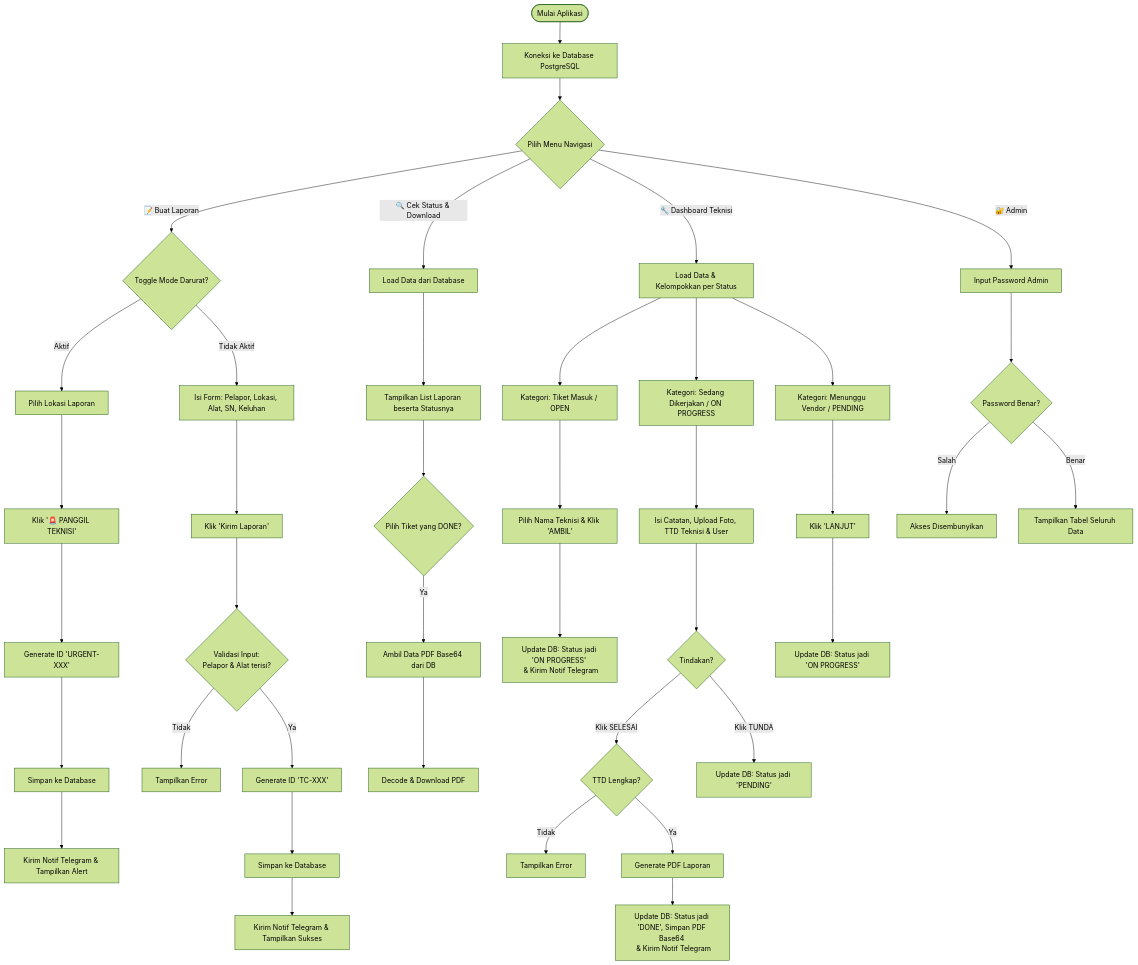
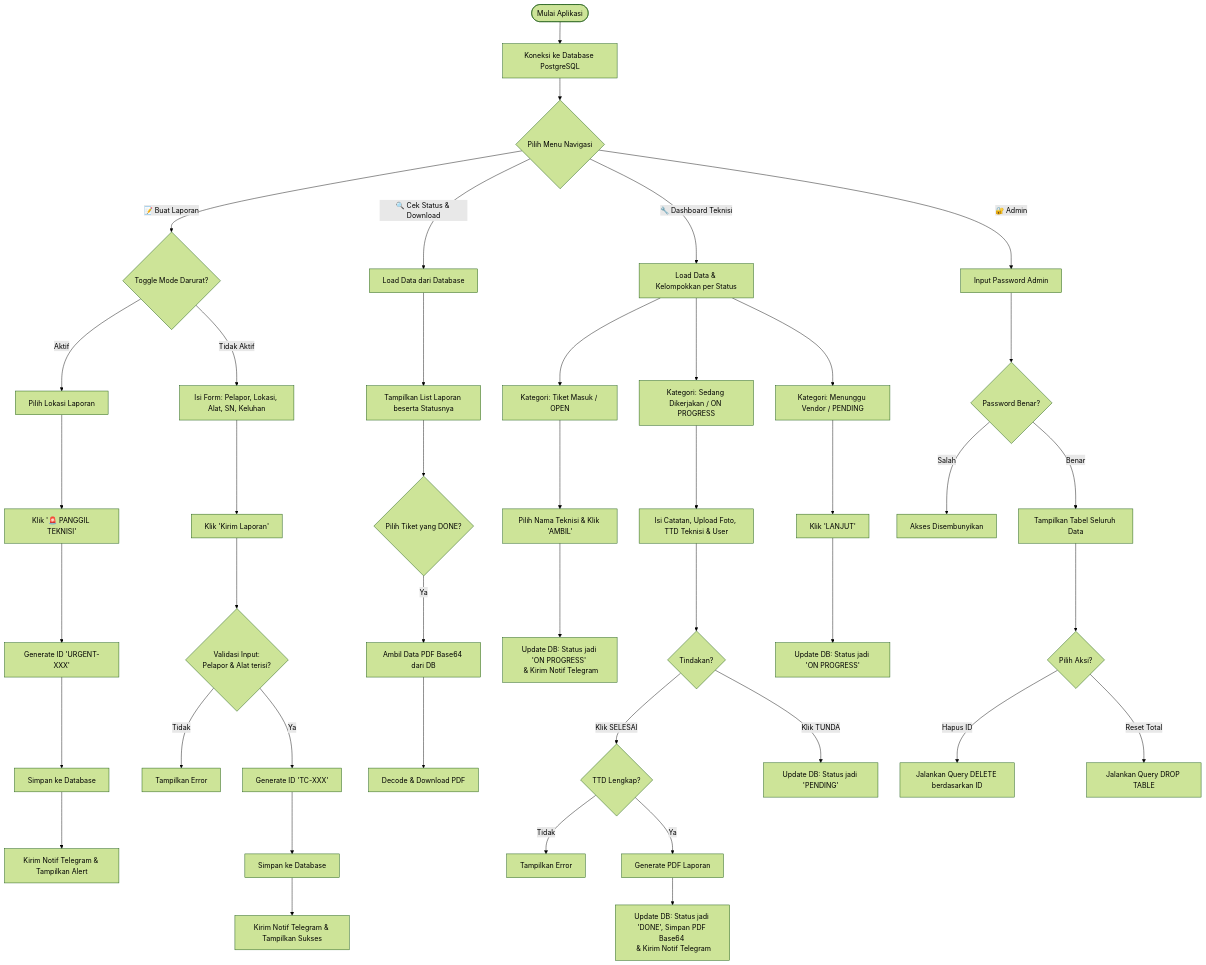
The diagram in Flow Diagram.md (gth3van/Reporting-App-TCH-Internship), drawn with Mermaid (forest theme) before and after one commit.

Commit message:
Fix flow diagram formatting and add newline

````diff
--- a/Flow Diagram.md
+++ b/Flow Diagram.md
@@ -1,70 +1,73 @@
 ```mermaid
 graph TD
     A([Mulai Aplikasi]) --> B[Koneksi ke Database PostgreSQL]
     B --> C{Pilih Menu Navigasi}
 
     %% ==========================================
     %% MENU 1: BUAT LAPORAN
     %% ==========================================
     C -->|📝 Buat Laporan| D{Toggle Mode Darurat?}
     
     %% Alur Darurat
     D -->|Aktif| E[Pilih Lokasi Laporan]
     E --> F[Klik '🚨 PANGGIL TEKNISI']
     F --> G[Generate ID 'URGENT-XXX']
     G --> H[Simpan ke Database]
     H --> I[Kirim Notif Telegram & Tampilkan Alert]
     
     %% Alur Normal
     D -->|Tidak Aktif| J[Isi Form: Pelapor, Lokasi, Alat, SN, Keluhan]
     J --> K[Klik 'Kirim Laporan']
     K --> L{Validasi Input: <br>Pelapor & Alat terisi?}
     L -->|Tidak| M[Tampilkan Error]
     L -->|Ya| N[Generate ID 'TC-XXX']
     N --> O[Simpan ke Database]
     O --> P[Kirim Notif Telegram & Tampilkan Sukses]
 
     %% ==========================================
     %% MENU 2: STATUS & DOWNLOAD
     %% ==========================================
     C -->|🔍 Cek Status & Download| Q[Load Data dari Database]
     Q --> R[Tampilkan List Laporan beserta Statusnya]
     R --> S{Pilih Tiket yang DONE?}
     S -->|Ya| T[Ambil Data PDF Base64 dari DB]
     T --> U[Decode & Download PDF]
 
     %% ==========================================
     %% MENU 3: TEKNISI
     %% ==========================================
     C -->|🔧 Dashboard Teknisi| V[Load Data & Kelompokkan per Status]
     
     %% OPEN
     V --> W[Kategori: Tiket Masuk / OPEN]
     W --> X[Pilih Nama Teknisi & Klik 'AMBIL']
     X --> Y[Update DB: Status jadi 'ON PROGRESS' <br> & Kirim Notif Telegram]
     
     %% ON PROGRESS
     V --> Z[Kategori: Sedang Dikerjakan / ON PROGRESS]
     Z --> AA[Isi Catatan, Upload Foto, TTD Teknisi & User]
     AA --> AB{Tindakan?}
     
     AB -->|Klik SELESAI| AC{TTD Lengkap?}
     AC -->|Tidak| AD[Tampilkan Error]
     AC -->|Ya| AE[Generate PDF Laporan]
     AE --> AF[Update DB: Status jadi 'DONE', Simpan PDF Base64 <br> & Kirim Notif Telegram]
     
     AB -->|Klik TUNDA| AG[Update DB: Status jadi 'PENDING']
     
     %% PENDING
     V --> AH[Kategori: Menunggu Vendor / PENDING]
     AH --> AI[Klik 'LANJUT']
     AI --> AJ[Update DB: Status jadi 'ON PROGRESS']
 
     %% ==========================================
     %% MENU 4: ADMIN
     %% ==========================================
     C -->|🔐 Admin| AK[Input Password Admin]
     AK --> AL{Password Benar?}
     AL -->|Salah| AM[Akses Disembunyikan]
     AL -->|Benar| AN[Tampilkan Tabel Seluruh Data]
+    AN --> AO{Pilih Aksi?}
+    AO -->|Hapus ID| AP[Jalankan Query DELETE berdasarkan ID]
+    AO -->|Reset Total| AQ[Jalankan Query DROP TABLE]
 ```
````
